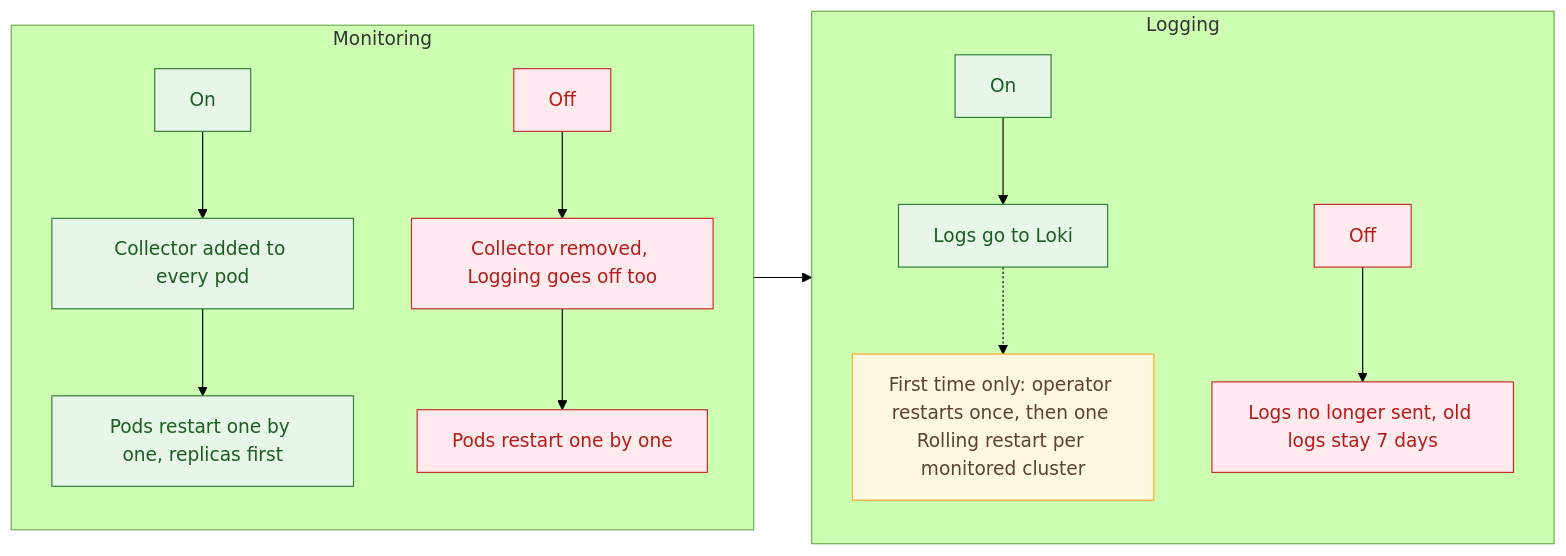
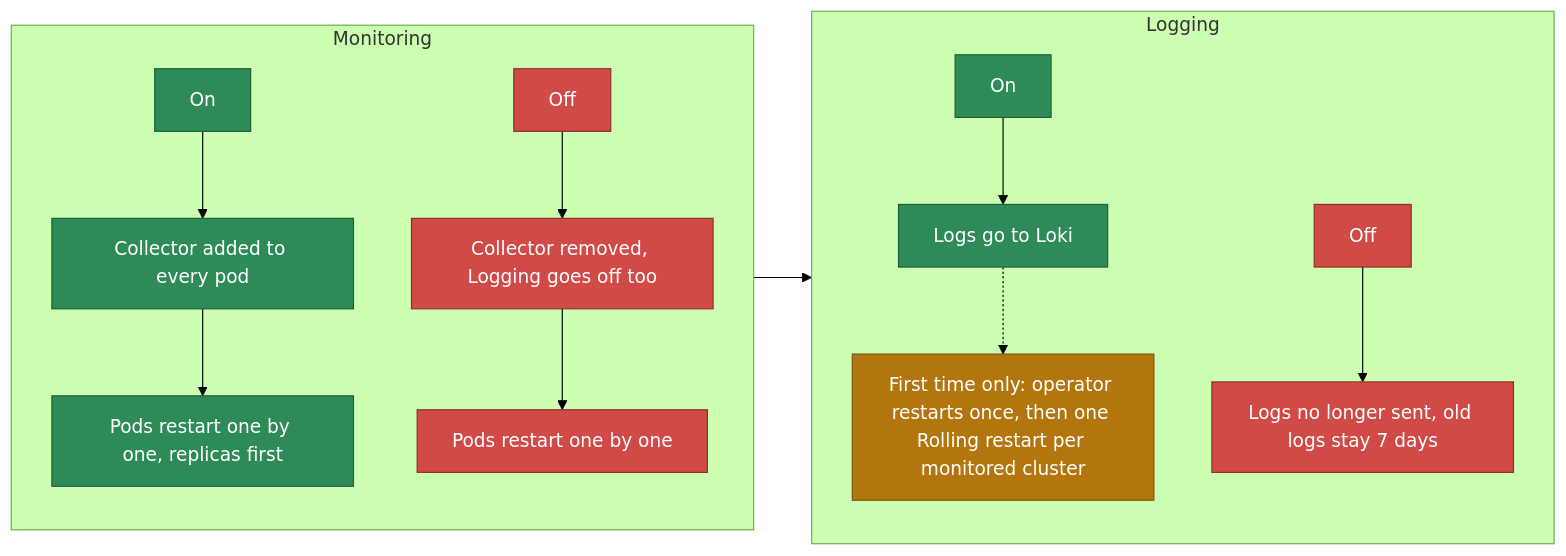
One commit to AdityaPanchall/keenpg-documentation changed the sixth of 12 diagrams in docs/console.md. Above: the diagram before and after it, drawn with Mermaid (forest theme). The commit also changed other lines of this file and 1 other file, not shown here.

````diff
--- a/docs/console.md
+++ b/docs/console.md
@@ -747,22 +659,22 @@
 ```mermaid
 flowchart LR
     subgraph MON["Monitoring"]
         direction TB
         M1["On"] --> M2["Collector added to every pod"] --> M3["Pods restart one by one, replicas first"]
         M4["Off"] --> M5["Collector removed, Logging goes off too"] --> M6["Pods restart one by one"]
     end
     subgraph LOG["Logging"]
         direction TB
         L1["On"] --> L2["Logs go to Loki"]
         L2 -.-> L3["First time only: operator restarts once, then one Rolling restart per monitored cluster"]
         L4["Off"] --> L5["Logs no longer sent, old logs stay 7 days"]
     end
     MON --> LOG
 
-    classDef ok fill:#e8f5e9,stroke:#2e7d32,color:#1b5e20
-    classDef warn fill:#fff8e1,stroke:#f9a825,color:#5d4037
-    classDef bad fill:#ffebee,stroke:#c62828,color:#b71c1c
+    classDef ok fill:#2e8b57,stroke:#1c5e3a,color:#fff
+    classDef warn fill:#b3760f,stroke:#7a500a,color:#fff
+    classDef bad fill:#d04a47,stroke:#8f2c2a,color:#fff
     class M1,M2,M3,L1,L2 ok
     class M4,M5,M6,L4,L5 bad
     class L3 warn
 ```
````
